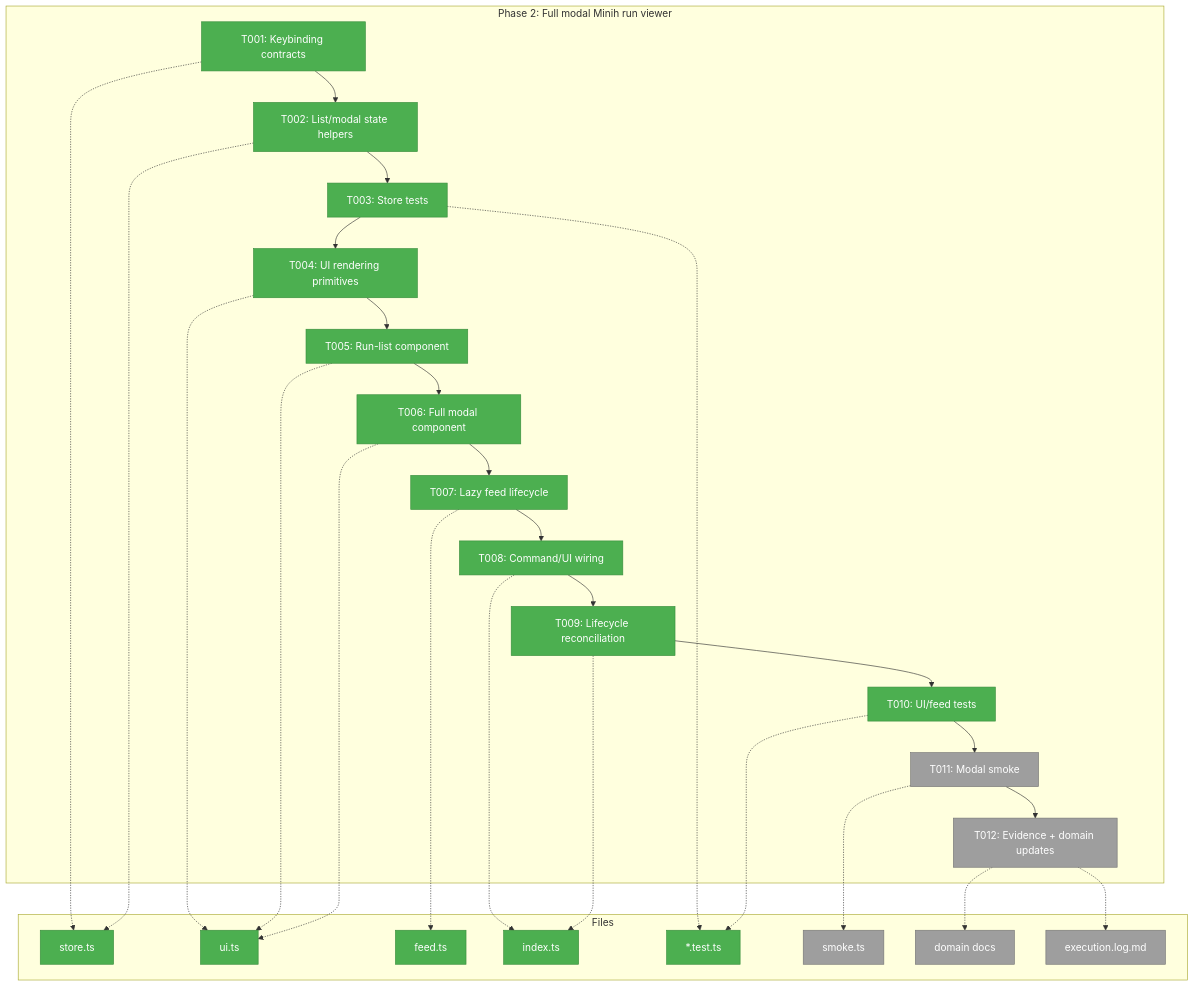
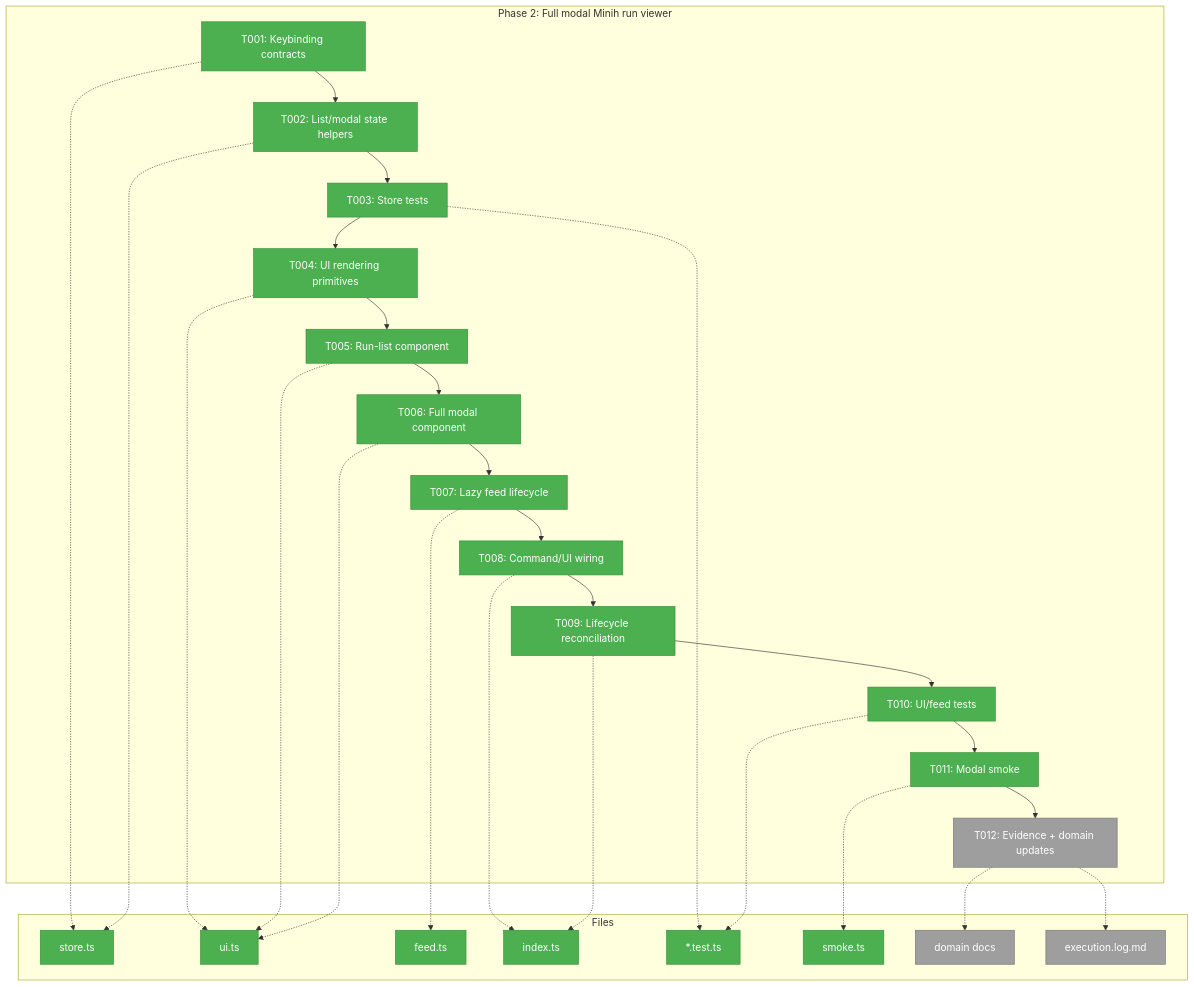
The first of 3 diagrams in docs/plans/007-options-for-pi-extensions-that-do-subagents/tasks/phase-2-full-modal-minih-run-viewer/tasks.md (vaughanknight/pij), drawn with Mermaid before and after one commit. The commit also changed other lines of this file and 3 other files, not shown here.

Commit message:
test(minih): smoke modal viewer flow

````diff
--- a/docs/plans/007-options-for-pi-extensions-that-do-subagents/tasks/phase-2-full-modal-minih-run-viewer/tasks.md
+++ b/docs/plans/007-options-for-pi-extensions-that-do-subagents/tasks/phase-2-full-modal-minih-run-viewer/tasks.md
@@ -135,47 +135,47 @@
 ```mermaid
 flowchart TD
     classDef pending fill:#9E9E9E,stroke:#757575,color:#fff
     classDef inprogress fill:#FFC107,stroke:#FFA000,color:#000
     classDef completed fill:#4CAF50,stroke:#388E3C,color:#fff
 
     subgraph Phase["Phase 2: Full modal Minih run viewer"]
         T001["T001: Keybinding contracts"]:::completed
         T002["T002: List/modal state helpers"]:::completed
         T003["T003: Store tests"]:::completed
         T004["T004: UI rendering primitives"]:::completed
         T005["T005: Run-list component"]:::completed
         T006["T006: Full modal component"]:::completed
         T007["T007: Lazy feed lifecycle"]:::completed
         T008["T008: Command/UI wiring"]:::completed
         T009["T009: Lifecycle reconciliation"]:::completed
         T010["T010: UI/feed tests"]:::completed
-        T011["T011: Modal smoke"]:::pending
+        T011["T011: Modal smoke"]:::completed
         T012["T012: Evidence + domain updates"]:::pending
         T001 --> T002 --> T003 --> T004 --> T005 --> T006 --> T007 --> T008 --> T009 --> T010 --> T011 --> T012
     end
 
     subgraph Files["Files"]
         F1["store.ts"]:::completed
         F2["ui.ts"]:::completed
         F3["feed.ts"]:::completed
         F4["index.ts"]:::completed
         F5["*.test.ts"]:::completed
-        F6["smoke.ts"]:::pending
+        F6["smoke.ts"]:::completed
         F7["domain docs"]:::pending
         F8["execution.log.md"]:::pending
     end
 
     T001 -.-> F1
     T002 -.-> F1
     T003 -.-> F5
     T004 -.-> F2
     T005 -.-> F2
     T006 -.-> F2
     T007 -.-> F3
     T008 -.-> F4
     T009 -.-> F4
     T010 -.-> F5
     T011 -.-> F6
     T012 -.-> F7
     T012 -.-> F8
 ```
````
